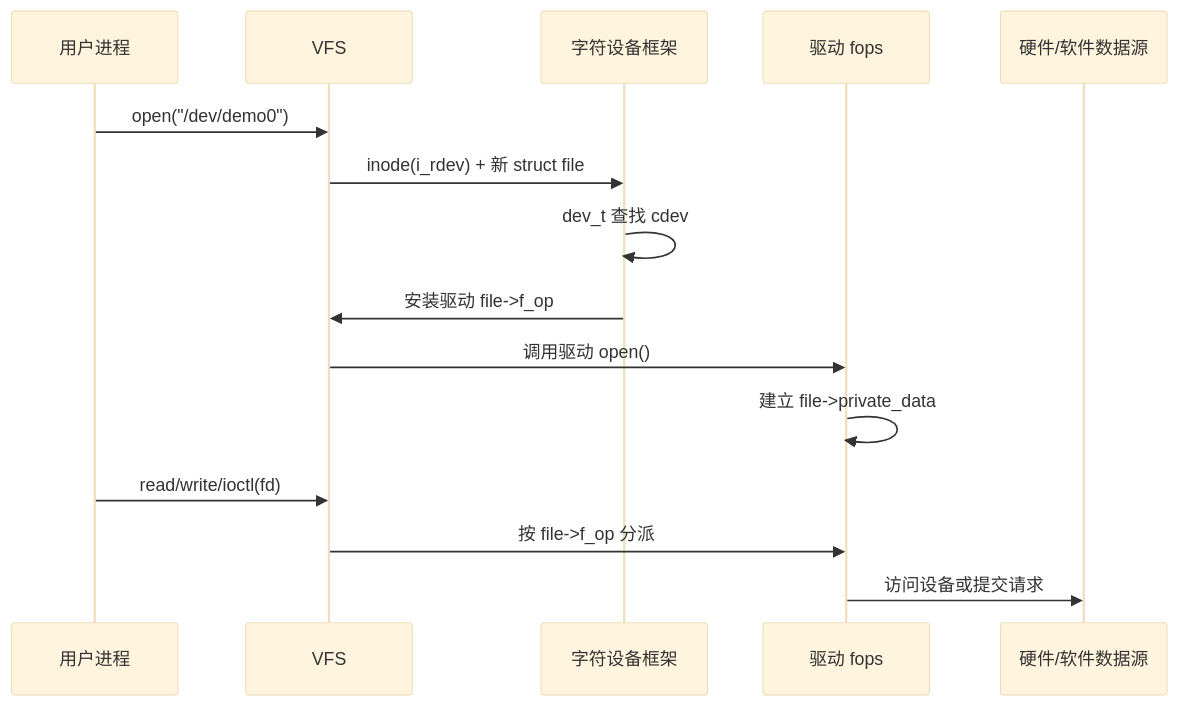
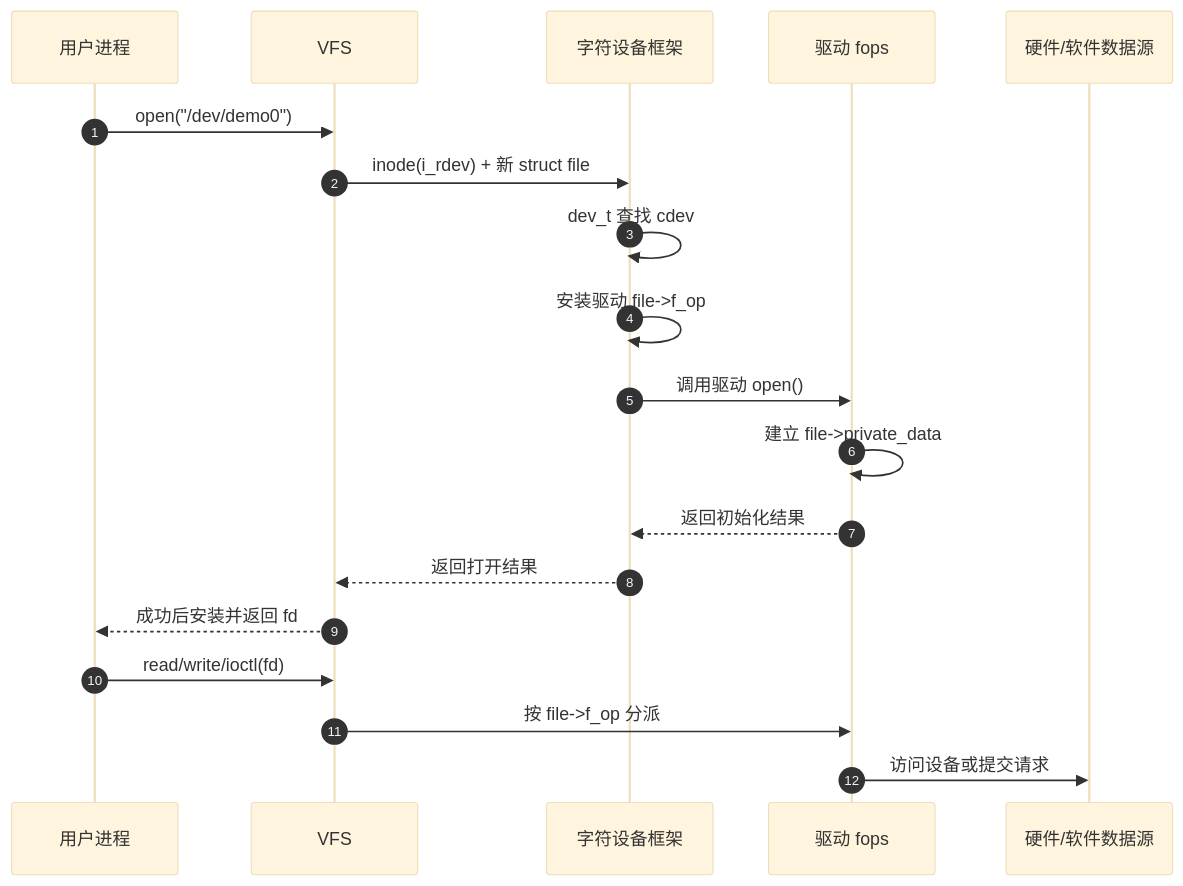
One commit to FormingSystem/linux_note changed the second of 5 diagrams in knowledge/driver_model/character_device/P01_字符设备最小模型.md. Above: the diagram before and after it, drawn with Mermaid (base theme). The commit also changed other lines of this file and 4 other files, not shown here.

````diff
--- a/knowledge/driver_model/character_device/P01_字符设备最小模型.md
+++ b/knowledge/driver_model/character_device/P01_字符设备最小模型.md
@@ -74,18 +86,22 @@
 ```mermaid
 sequenceDiagram
+    autonumber
     participant U as 用户进程
     participant V as VFS
     participant C as 字符设备框架
     participant F as 驱动 fops
     participant H as 硬件/软件数据源
 
     U->>V: open("/dev/demo0")
     V->>C: inode(i_rdev) + 新 struct file
     C->>C: dev_t 查找 cdev
-    C->>V: 安装驱动 file->f_op
-    V->>F: 调用驱动 open()
+    C->>C: 安装驱动 file->f_op
+    C->>F: 调用驱动 open()
     F->>F: 建立 file->private_data
+    F-->>C: 返回初始化结果
+    C-->>V: 返回打开结果
+    V-->>U: 成功后安装并返回 fd
     U->>V: read/write/ioctl(fd)
     V->>F: 按 file->f_op 分派
     F->>H: 访问设备或提交请求
 ```
````
